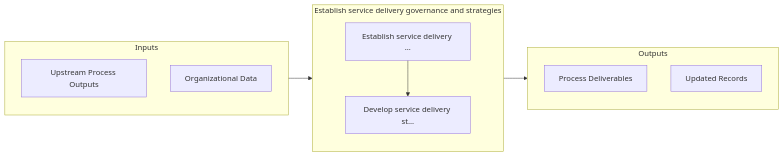
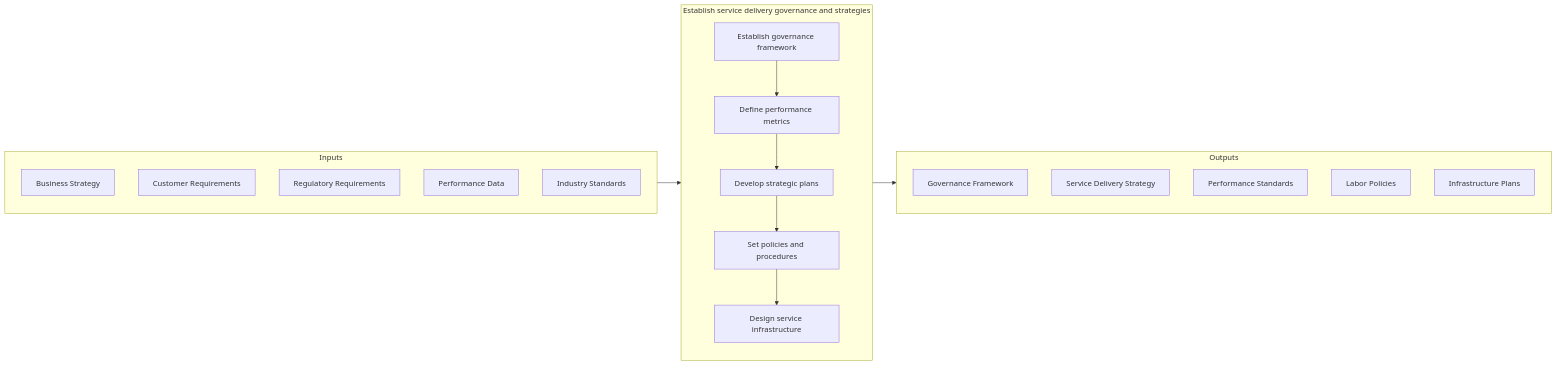
One commit to kziemski/business.org.ai changed the second of 3 diagrams in processes/05-Services/5.1-EstablishServiceDeliveryGovernance/index.mdx. Above: the diagram before and after it, drawn with Mermaid. The commit also changed other lines of this file and 67 other files, not shown here.

First line of the commit message:
feat: enrich thin process and industry files

````diff
--- a/processes/05-Services/5.1-EstablishServiceDeliveryGovernance/index.mdx
+++ b/processes/05-Services/5.1-EstablishServiceDeliveryGovernance/index.mdx
@@ -59,20 +71,29 @@
 ```mermaid
 flowchart LR
     subgraph Inputs["Inputs"]
-        I1["Upstream Process Outputs"]
-        I2["Organizational Data"]
+        I1["Business Strategy"]
+        I2["Customer Requirements"]
+        I3["Regulatory Requirements"]
+        I4["Performance Data"]
+        I5["Industry Standards"]
     end
 
     subgraph Process["Establish service delivery governance and strategies"]
-        S1["Establish service delivery ..."]
-        S2["Develop service delivery st..."]
+        S1["Establish governance framework"]
+        S2["Define performance metrics"]
+        S3["Develop strategic plans"]
+        S4["Set policies and procedures"]
+        S5["Design service infrastructure"]
     end
 
     subgraph Outputs["Outputs"]
-        O1["Process Deliverables"]
-        O2["Updated Records"]
+        O1["Governance Framework"]
+        O2["Service Delivery Strategy"]
+        O3["Performance Standards"]
+        O4["Labor Policies"]
+        O5["Infrastructure Plans"]
     end
 
     Inputs --> Process --> Outputs
-    S1 --> S2
+    S1 --> S2 --> S3 --> S4 --> S5
 ```
````
